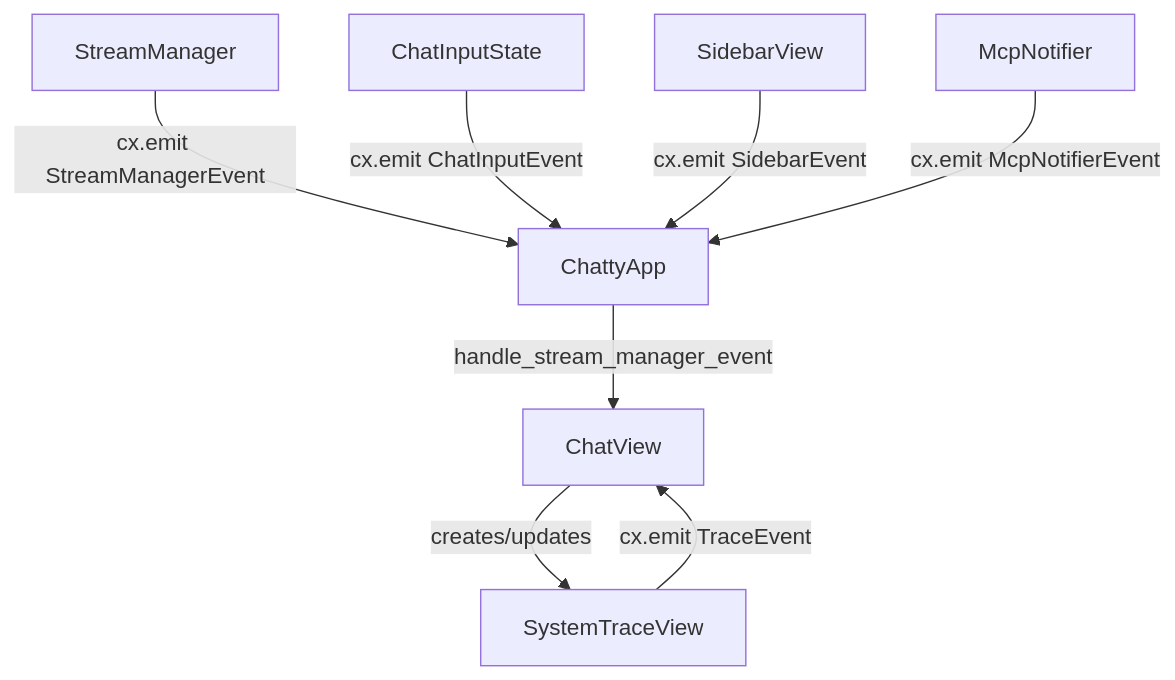
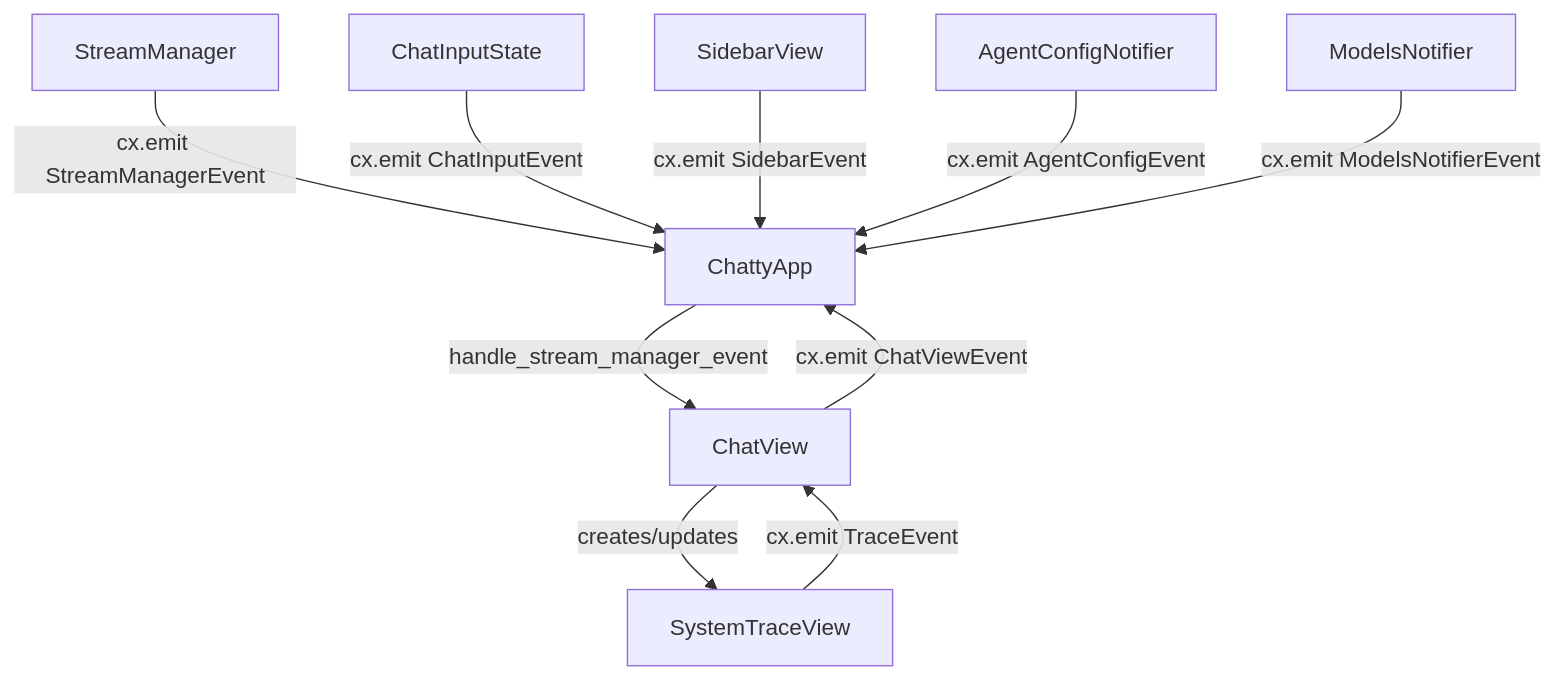
One commit to boersmamarcel/chatty2 changed the first of 5 diagrams in docs/stream-manager.md. Above: the diagram before and after it, drawn with Mermaid. The commit also changed other lines of this file and 12 other files, not shown here.

First line of the commit message:
Merge the architecture cluster and sweep stale facts from explanation pages

````diff
--- a/docs/stream-manager.md
+++ b/docs/stream-manager.md
@@ -43,11 +52,13 @@
 ```mermaid
 graph TD
     SM[StreamManager] -->|cx.emit StreamManagerEvent| CA[ChattyApp]
     CA -->|handle_stream_manager_event| CV[ChatView]
     CV -->|creates/updates| STV[SystemTraceView]
     STV -->|cx.emit TraceEvent| CV
 
     CIS[ChatInputState] -->|cx.emit ChatInputEvent| CA
     SB[SidebarView] -->|cx.emit SidebarEvent| CA
-    MN[McpNotifier] -->|cx.emit McpNotifierEvent| CA
+    CV -->|cx.emit ChatViewEvent| CA
+    ACN[AgentConfigNotifier] -->|cx.emit AgentConfigEvent| CA
+    MN[ModelsNotifier] -->|cx.emit ModelsNotifierEvent| CA
 ```
````
